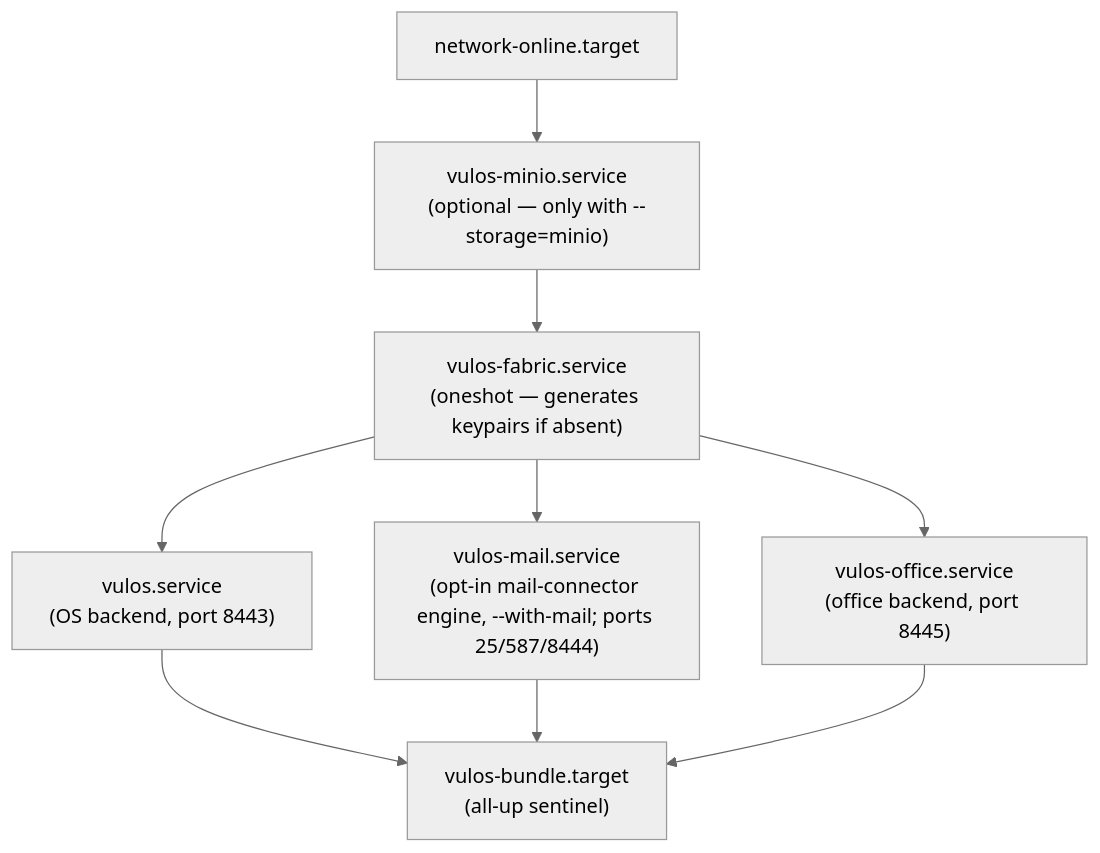
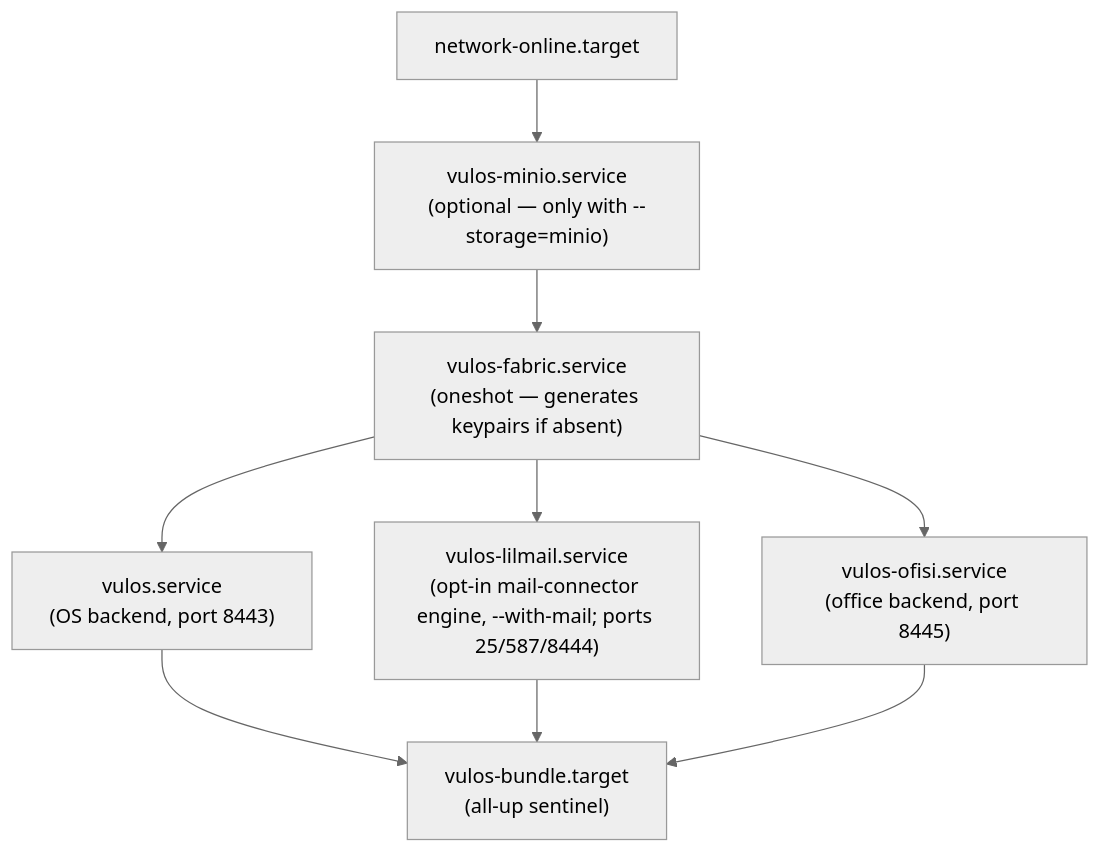
The diagram in docs/SELF-HOST-BUNDLE.md (vul-os/vulos), drawn with Mermaid (neutral theme) before and after one commit. The commit also changed other lines of this file and 10 other files, not shown here.

````diff
--- a/docs/SELF-HOST-BUNDLE.md
+++ b/docs/SELF-HOST-BUNDLE.md
@@ -222,18 +222,18 @@
 ```mermaid
 flowchart TD
     Net["network-online.target"]
     Minio["vulos-minio.service<br/>(optional — only with --storage=minio)"]
     Fabric["vulos-fabric.service<br/>(oneshot — generates keypairs if absent)"]
     OS["vulos.service<br/>(OS backend, port 8443)"]
-    Mail["vulos-mail.service<br/>(opt-in mail-connector engine, --with-mail; ports 25/587/8444)"]
-    Office["vulos-office.service<br/>(office backend, port 8445)"]
+    Mail["vulos-lilmail.service<br/>(opt-in mail-connector engine, --with-mail; ports 25/587/8444)"]
+    Office["vulos-ofisi.service<br/>(office backend, port 8445)"]
     Bundle["vulos-bundle.target<br/>(all-up sentinel)"]
 
     Net --> Minio --> Fabric
     Fabric --> OS
     Fabric --> Mail
     Fabric --> Office
     OS --> Bundle
     Mail --> Bundle
     Office --> Bundle
 ```
````
